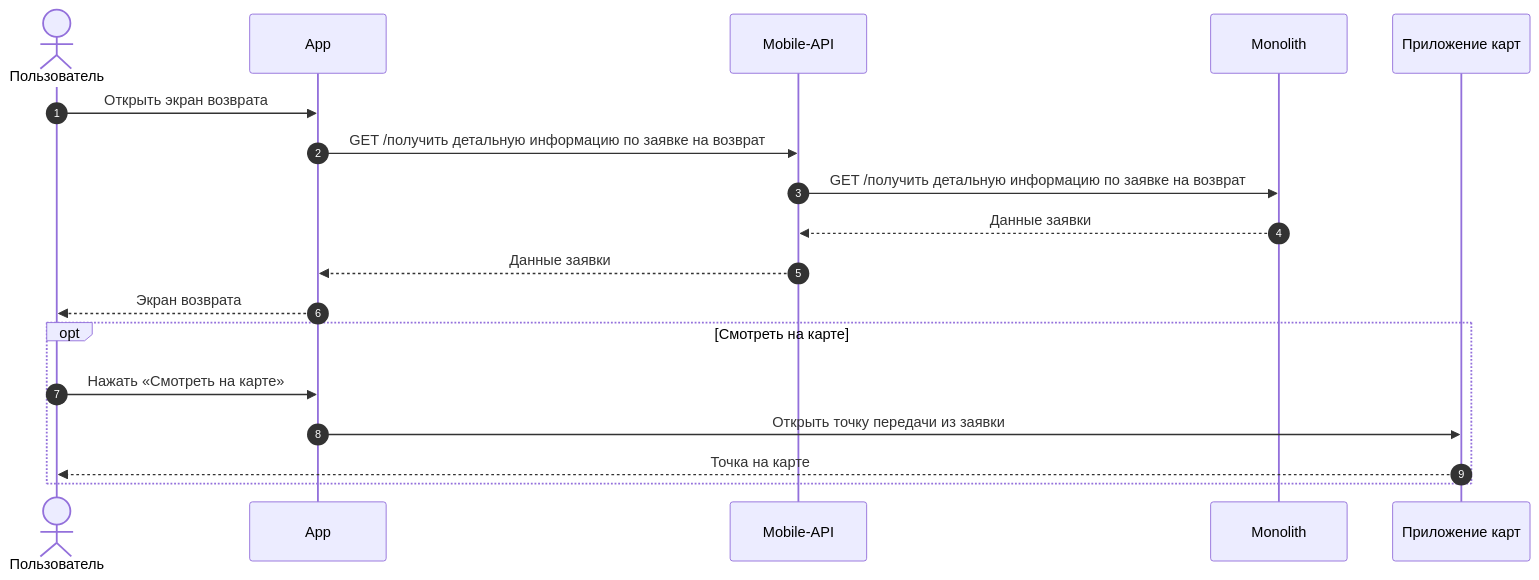
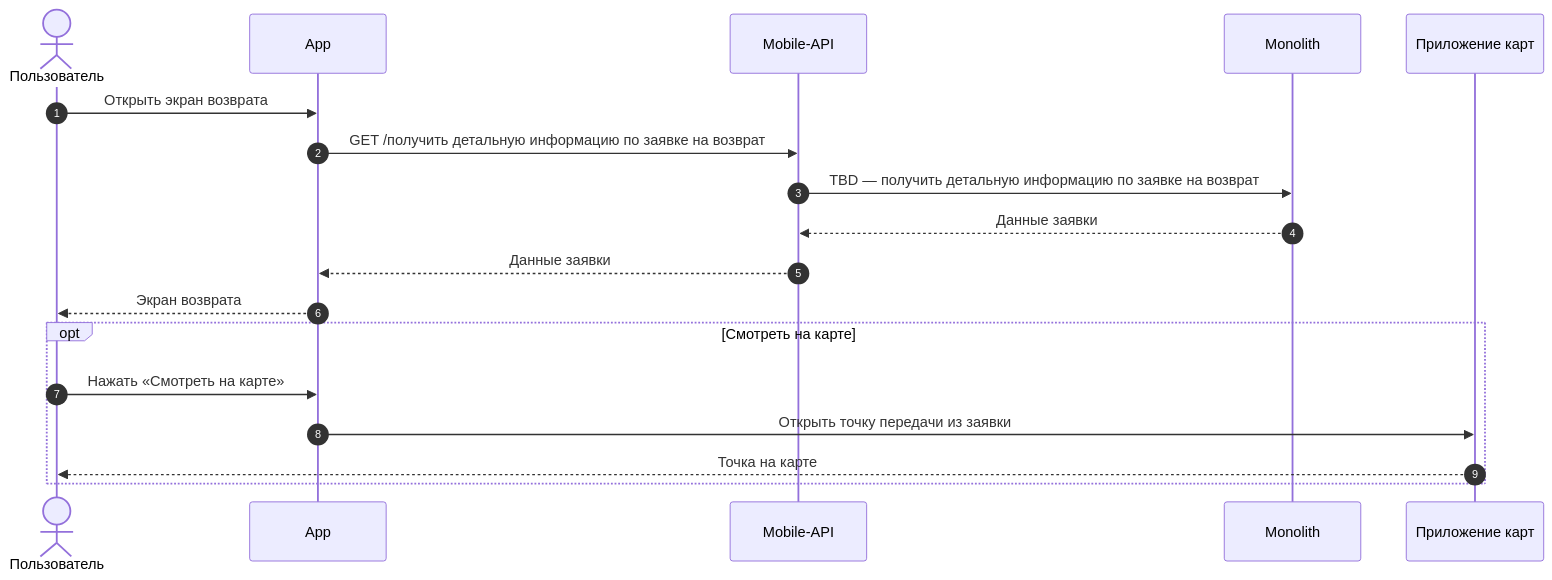
Diagram 19 of 21 in projects/returns-2.0/requirements/srs/srs-mobile-mvp.md (Terinss155/opencode-agents-analysis), drawn with Mermaid before and after one commit. The commit also changed other lines of this file and 6 other files, not shown here.

````diff
--- a/projects/returns-2.0/requirements/srs/srs-mobile-mvp.md
+++ b/projects/returns-2.0/requirements/srs/srs-mobile-mvp.md
@@ -1282,22 +1293,22 @@
 ```mermaid
 sequenceDiagram
     autonumber
     actor U as Пользователь
     participant APP as App
     participant API as Mobile-API
     participant MON as Monolith
     participant MAP as Приложение карт
 
     U->>APP: Открыть экран возврата
     APP->>API: GET /получить детальную информацию по заявке на возврат
-    API->>MON: GET /получить детальную информацию по заявке на возврат
+    API->>MON: TBD — получить детальную информацию по заявке на возврат
     MON-->>API: Данные заявки
     API-->>APP: Данные заявки
     APP-->>U: Экран возврата
 
     opt Смотреть на карте
         U->>APP: Нажать «Смотреть на карте»
         APP->>MAP: Открыть точку передачи из заявки
         MAP-->>U: Точка на карте
     end
 ```
````
